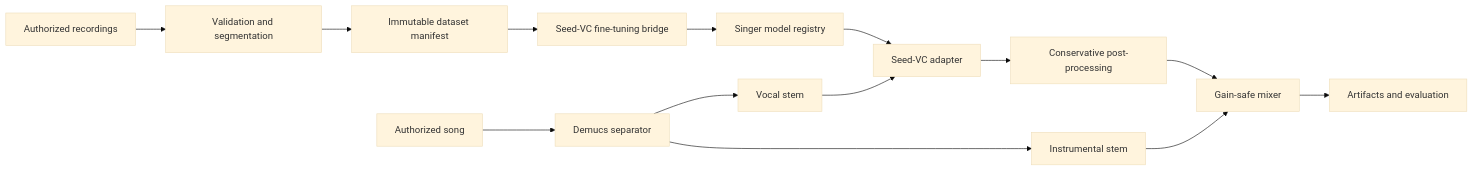
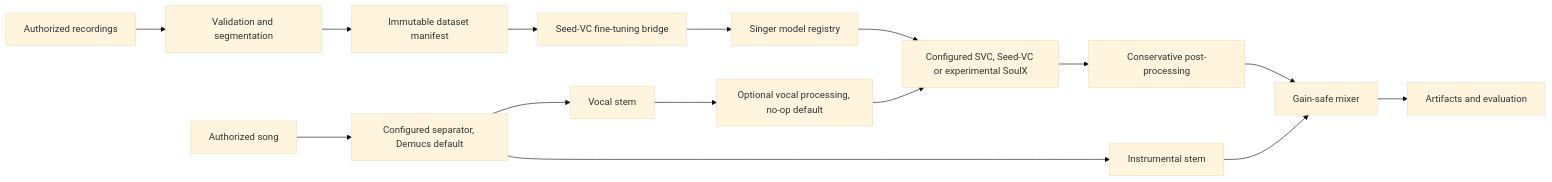
One commit to CenkAk/Neural-Singing-Voice-Platform changed the diagram in README.md. Above: the diagram before and after it, drawn with Mermaid (base theme). The commit also changed other lines of this file and 57 other files, not shown here.

````diff
--- a/README.md
+++ b/README.md
@@ -13,16 +15,17 @@
 ```mermaid
 flowchart LR
   D["Authorized recordings"] --> V["Validation and segmentation"]
   V --> M["Immutable dataset manifest"]
   M --> T["Seed-VC fine-tuning bridge"]
   T --> R["Singer model registry"]
-  S["Authorized song"] --> X["Demucs separator"]
+  S["Authorized song"] --> X["Configured separator, Demucs default"]
   X --> VO["Vocal stem"]
   X --> IN["Instrumental stem"]
-  VO --> C["Seed-VC adapter"]
+  VO --> PRE["Optional vocal processing, no-op default"]
+  PRE --> C["Configured SVC, Seed-VC or experimental SoulX"]
   R --> C
   C --> P["Conservative post-processing"]
   P --> MIX["Gain-safe mixer"]
   IN --> MIX
   MIX --> E["Artifacts and evaluation"]
 ```
````
